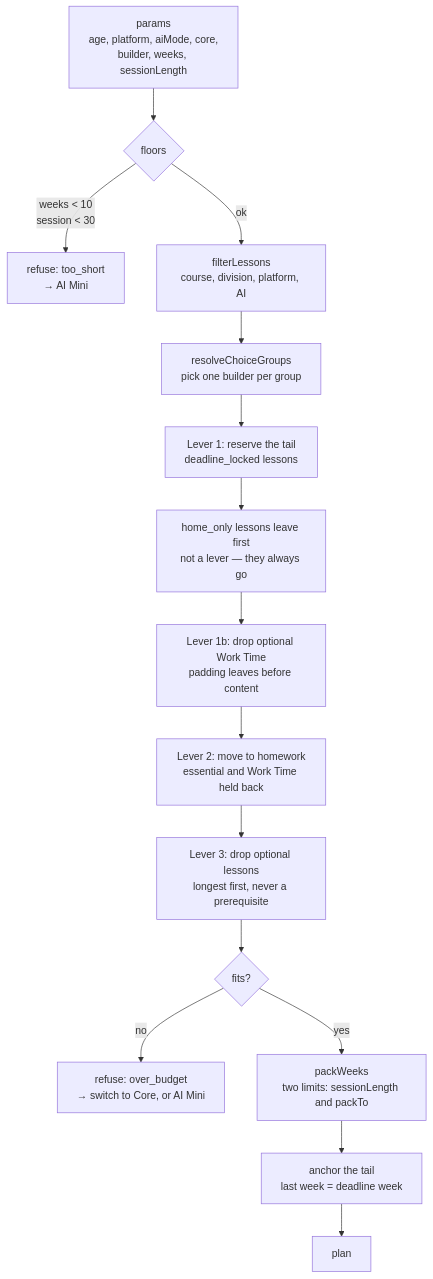
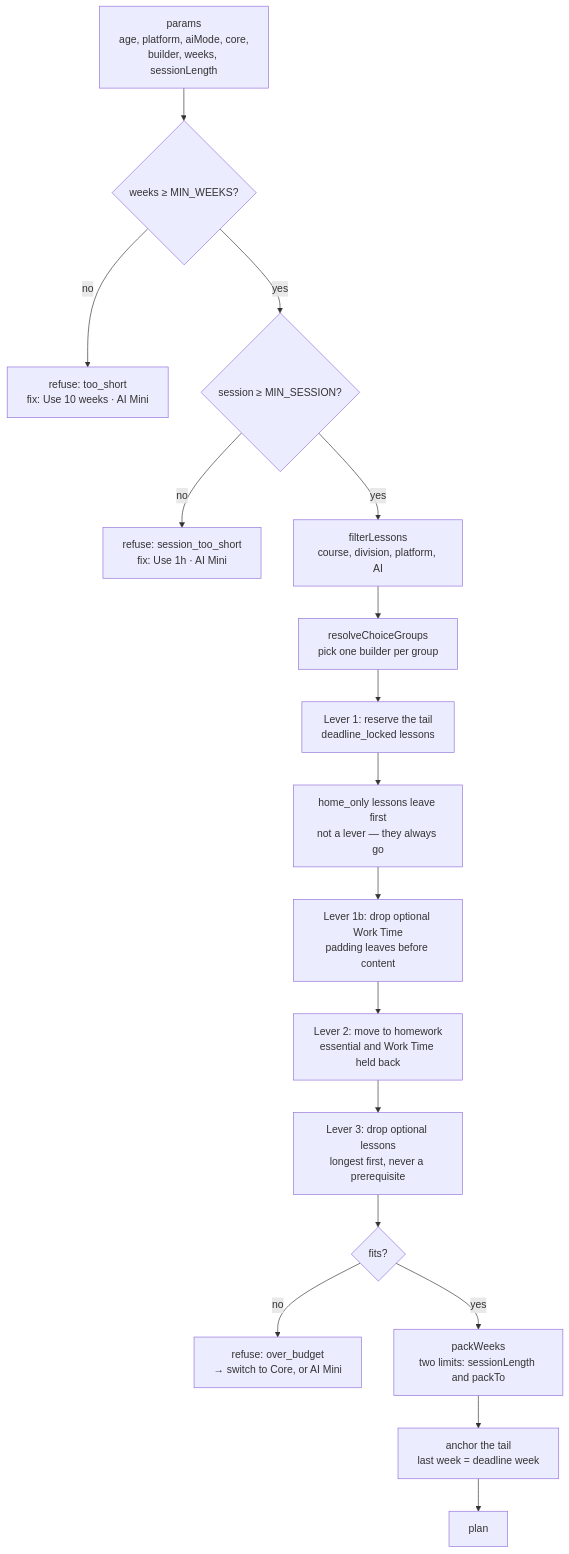
Before and after one commit to RuvaS20/crosswalk: the second of 3 diagrams in docs/architecture.md, drawn with Mermaid.

Commit message:
Fix architecture diagram

````diff
--- a/docs/architecture.md
+++ b/docs/architecture.md
@@ -46,17 +46,19 @@
 ```mermaid
 flowchart TD
-  P["params<br/>age, platform, aiMode, core,<br/>builder, weeks, sessionLength"] --> G{"floors"}
-  G -->|"weeks &lt; 10<br/>session &lt; 30"| R1["refuse: too_short<br/>→ AI Mini"]
-  G -->|"ok"| F["filterLessons<br/>course, division, platform, AI"]
+  P["params<br/>age, platform, aiMode, core,<br/>builder, weeks, sessionLength"] --> G1{"weeks &ge; MIN_WEEKS?"}
+  G1 -->|"no"| R1["refuse: too_short<br/>fix: Use 10 weeks · AI Mini"]
+  G1 -->|"yes"| G2{"session &ge; MIN_SESSION?"}
+  G2 -->|"no"| R2["refuse: session_too_short<br/>fix: Use 1h · AI Mini"]
+  G2 -->|"yes"| F["filterLessons<br/>course, division, platform, AI"]
   F --> C["resolveChoiceGroups<br/>pick one builder per group"]
   C --> T["Lever 1: reserve the tail<br/>deadline_locked lessons"]
   T --> H0["home_only lessons leave first<br/>not a lever — they always go"]
   H0 --> L1B["Lever 1b: drop optional Work Time<br/>padding leaves before content"]
   L1B --> L2["Lever 2: move to homework<br/>essential and Work Time held back"]
   L2 --> L3["Lever 3: drop optional lessons<br/>longest first, never a prerequisite"]
   L3 --> Q{"fits?"}
-  Q -->|"no"| R2["refuse: over_budget<br/>→ switch to Core, or AI Mini"]
+  Q -->|"no"| R3["refuse: over_budget<br/>→ switch to Core, or AI Mini"]
   Q -->|"yes"| W["packWeeks<br/>two limits: sessionLength and packTo"]
   W --> AN["anchor the tail<br/>last week = deadline week"]
   AN --> O["plan"]
 ```
````
